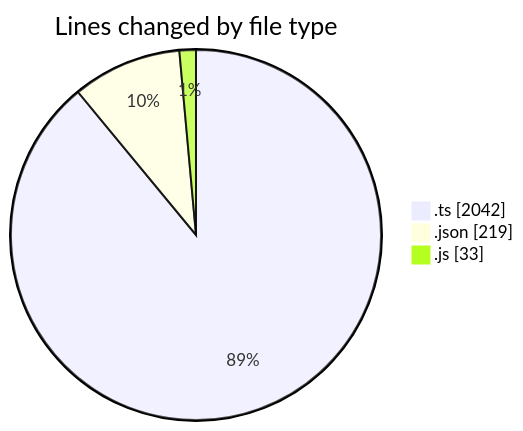
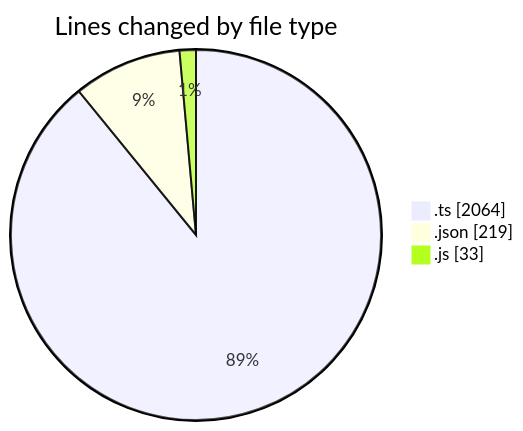
The first of 2 diagrams in 2026-05-28/cda/README.md (momahboobian/code-tracking), drawn with Mermaid before and after one commit. The commit also changed other lines of this file and 1 other file, not shown here.

````diff
--- a/2026-05-28/cda/README.md
+++ b/2026-05-28/cda/README.md
@@ -28,7 +28,7 @@
 ```mermaid
 pie showData
 title Lines changed by file type
-".ts" : 2042
+".ts" : 2064
 ".json" : 219
 ".js" : 33
 ```
````
